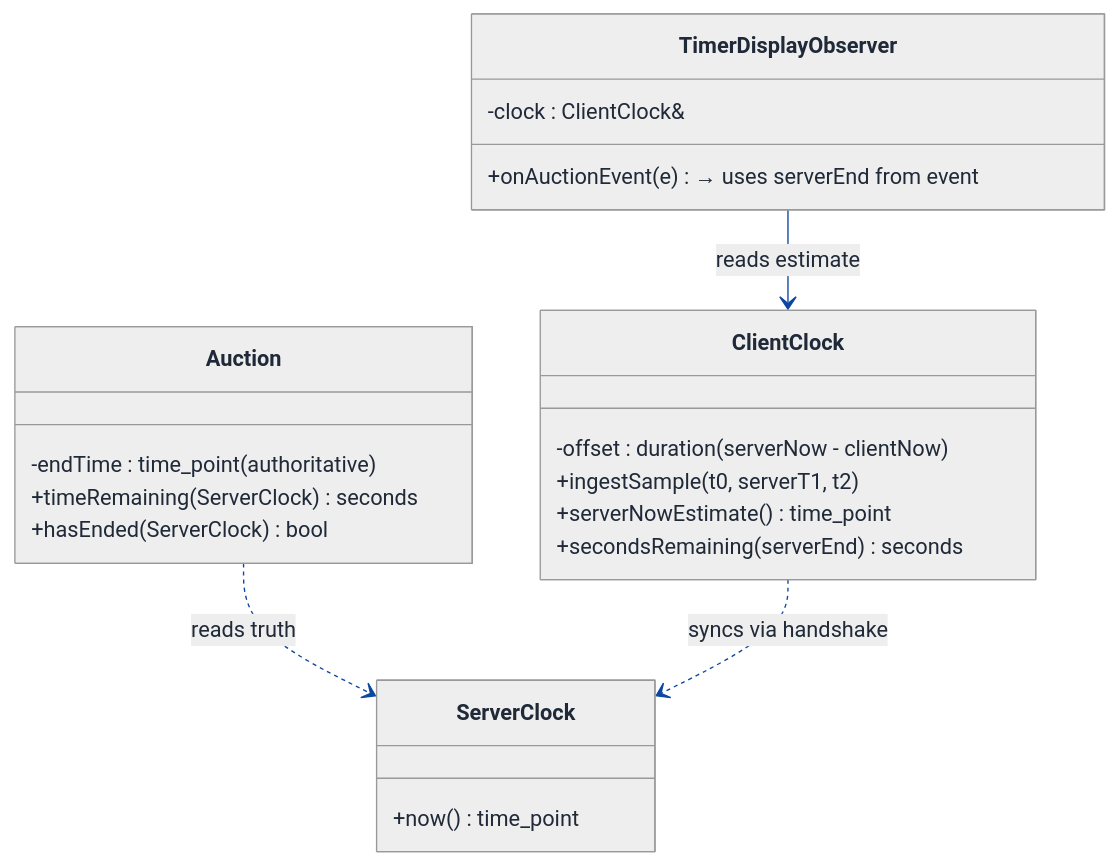
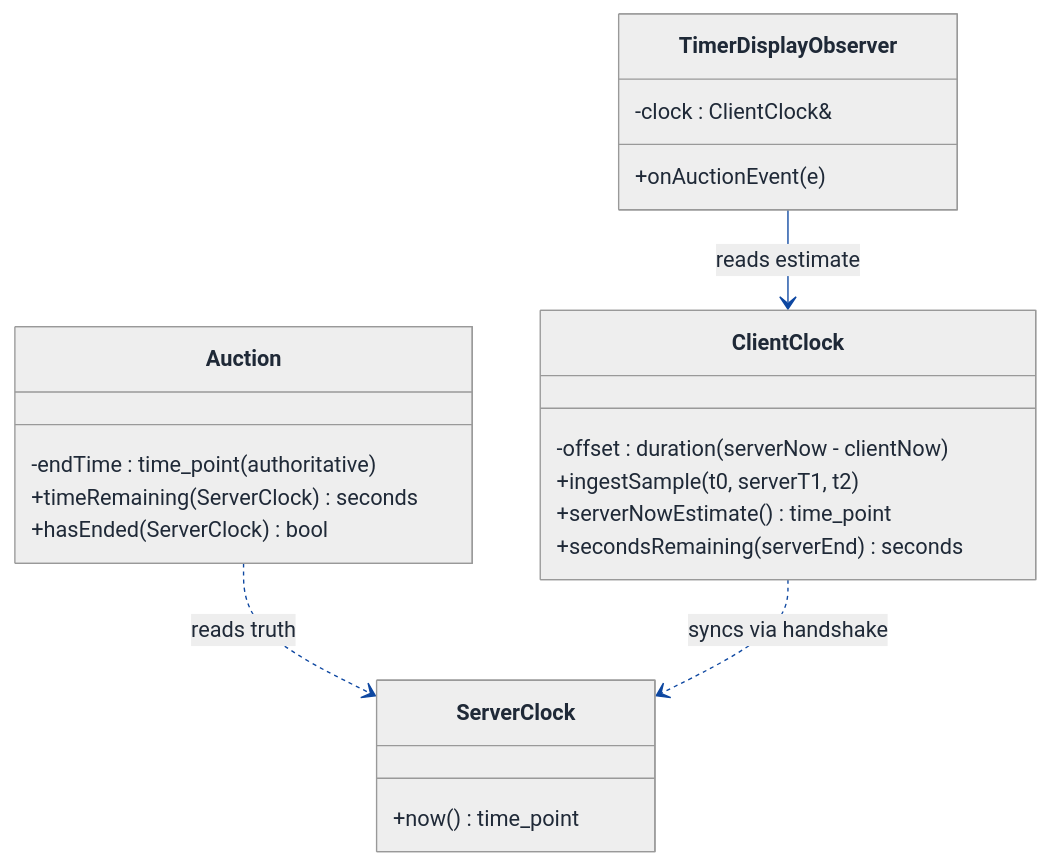
The third of 6 diagrams in LLD/Topics/Observer_Pattern/Auction_Countdown_Timer.md (Prateek-5/question-bank), drawn with Mermaid before and after one commit. The commit also changed other lines of this file and 61 other files, not shown here.

First line of the commit message:
Fix invalid mermaid classDiagram member syntax across LLD walkthroughs

````diff
--- a/LLD/Topics/Observer_Pattern/Auction_Countdown_Timer.md
+++ b/LLD/Topics/Observer_Pattern/Auction_Countdown_Timer.md
@@ -583,57 +583,57 @@
 ```mermaid
 ---
 config:
   theme: neutral
   themeVariables:
     background: '#ffffff'
     primaryColor: '#cfe2ff'
     primaryTextColor: '#1f2937'
     primaryBorderColor: '#084298'
     secondaryColor: '#fff3cd'
     secondaryTextColor: '#1f2937'
     secondaryBorderColor: '#664d03'
     tertiaryColor: '#d1e7dd'
     tertiaryTextColor: '#1f2937'
     tertiaryBorderColor: '#0a3622'
     lineColor: '#0d47a1'
     textColor: '#1f2937'
     noteBkgColor: '#fff3cd'
     noteTextColor: '#1f2937'
     noteBorderColor: '#997404'
     actorBkg: '#cfe2ff'
     actorBorder: '#084298'
     actorTextColor: '#1f2937'
     signalColor: '#0d47a1'
     signalTextColor: '#1f2937'
     labelBoxBkgColor: '#ffffff'
     labelBoxBorderColor: '#d3d3d3'
     labelTextColor: '#1f2937'
     edgeLabelBackground: '#ffffff'
     labelBackground: '#ffffff'
     classText: '#1f2937'
     fontFamily: 'system-ui, -apple-system, Segoe UI, Helvetica, Arial, sans-serif'
 ---
 classDiagram
   direction TB
   class Auction {
     -endTime : time_point (authoritative)
     +timeRemaining(ServerClock) seconds
     +hasEnded(ServerClock) bool
   }
   class ServerClock {
     +now() time_point
   }
   class ClientClock {
     -offset : duration (serverNow - clientNow)
     +ingestSample(t0, serverT1, t2)
     +serverNowEstimate() time_point
     +secondsRemaining(serverEnd) seconds
   }
   class TimerDisplayObserver {
     -clock : ClientClock&
-    +onAuctionEvent(e) → uses serverEnd from event
+    +onAuctionEvent(e)
   }
   Auction ..> ServerClock : reads truth
   TimerDisplayObserver --> ClientClock : reads estimate
   ClientClock ..> ServerClock : syncs via handshake
 ```
````
